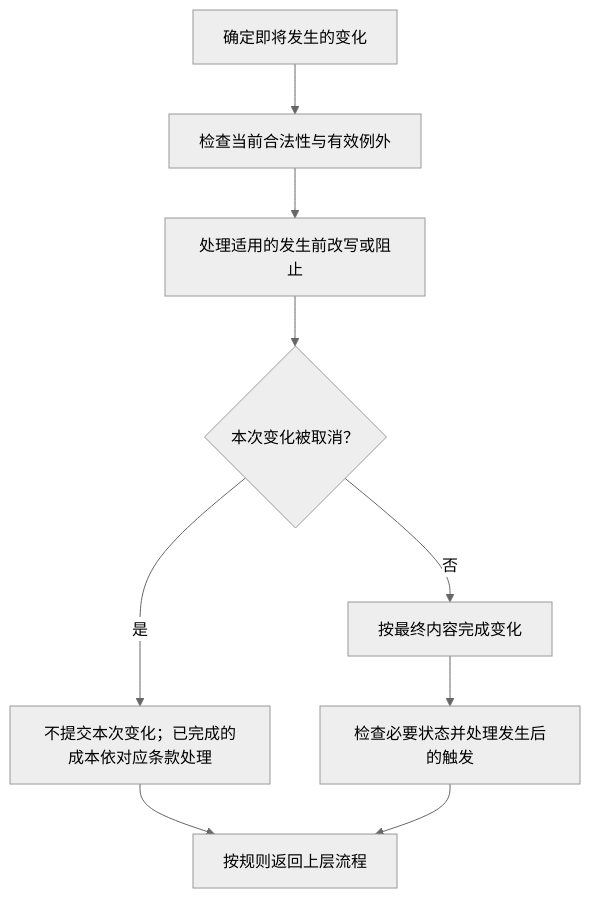
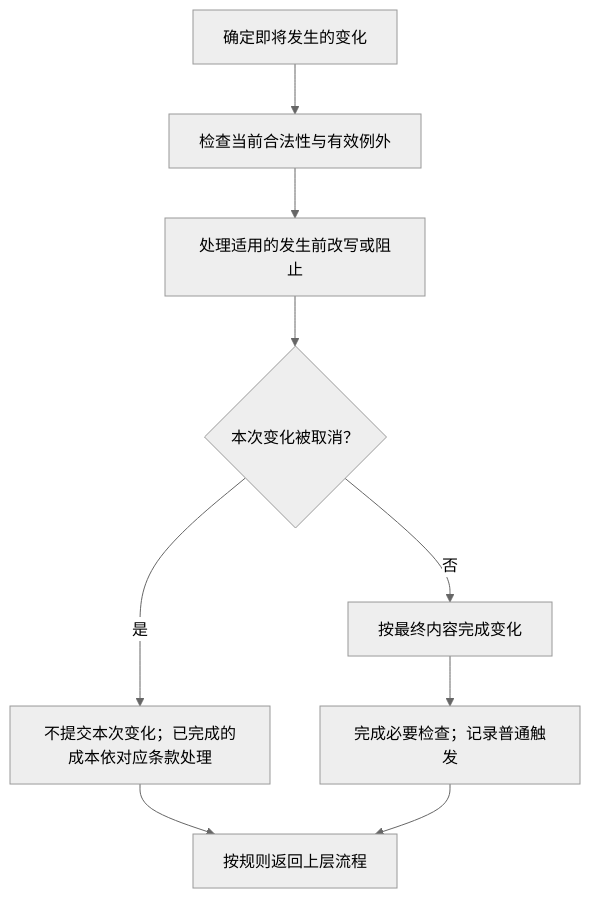
The first of 2 diagrams in docs/rules/common/effects.md (Time-Block-Hero/tbh-website), drawn with Mermaid (neutral theme) before and after one commit. The commit also changed other lines of this file and 16 other files, not shown here.

````diff
--- a/docs/rules/common/effects.md
+++ b/docs/rules/common/effects.md
@@ -97,11 +97,11 @@
 ```mermaid
 flowchart TD
   plan["确定即将发生的变化"] --> valid["检查当前合法性与有效例外"]
   valid --> before["处理适用的发生前改写或阻止"]
   before --> canceled{"本次变化被取消？"}
   canceled -->|是| skip["不提交本次变化；已完成的成本依对应条款处理"]
   canceled -->|否| commit["按最终内容完成变化"]
-  commit --> after["检查必要状态并处理发生后的触发"]
+  commit --> after["完成必要检查；记录普通触发"]
   skip --> resume["按规则返回上层流程"]
   after --> resume
 ```
````
